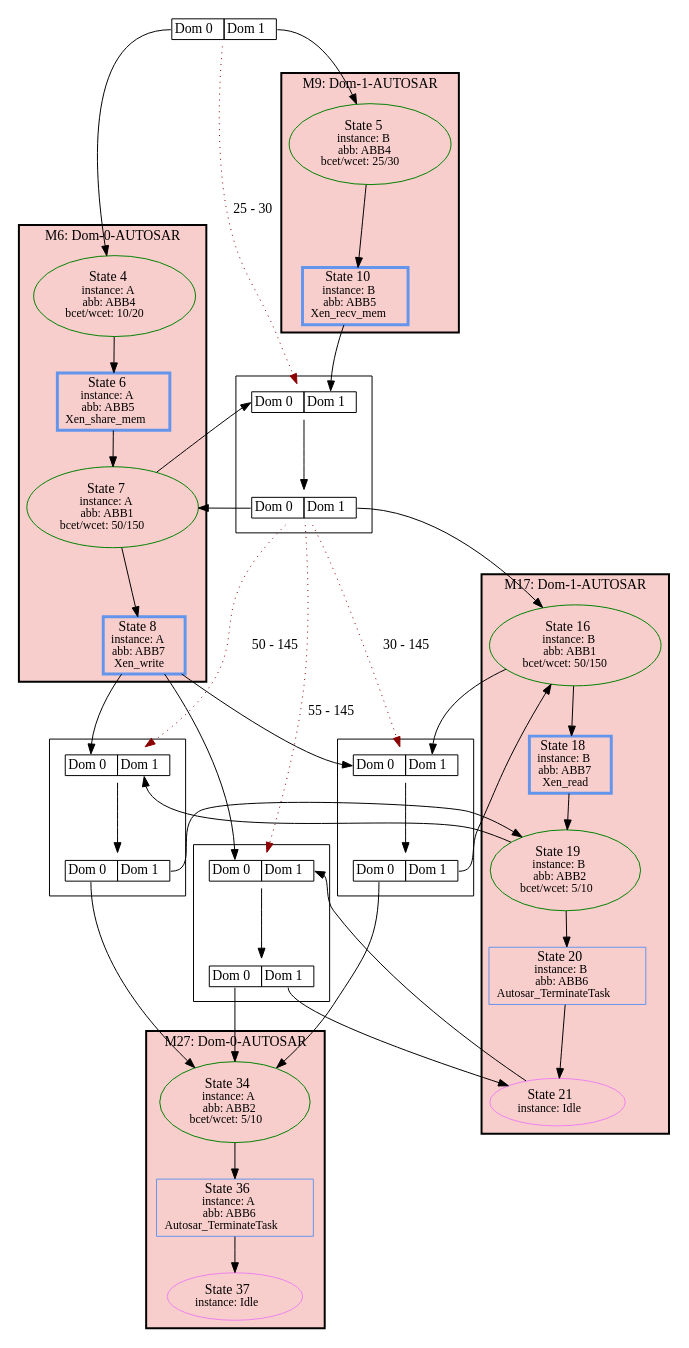
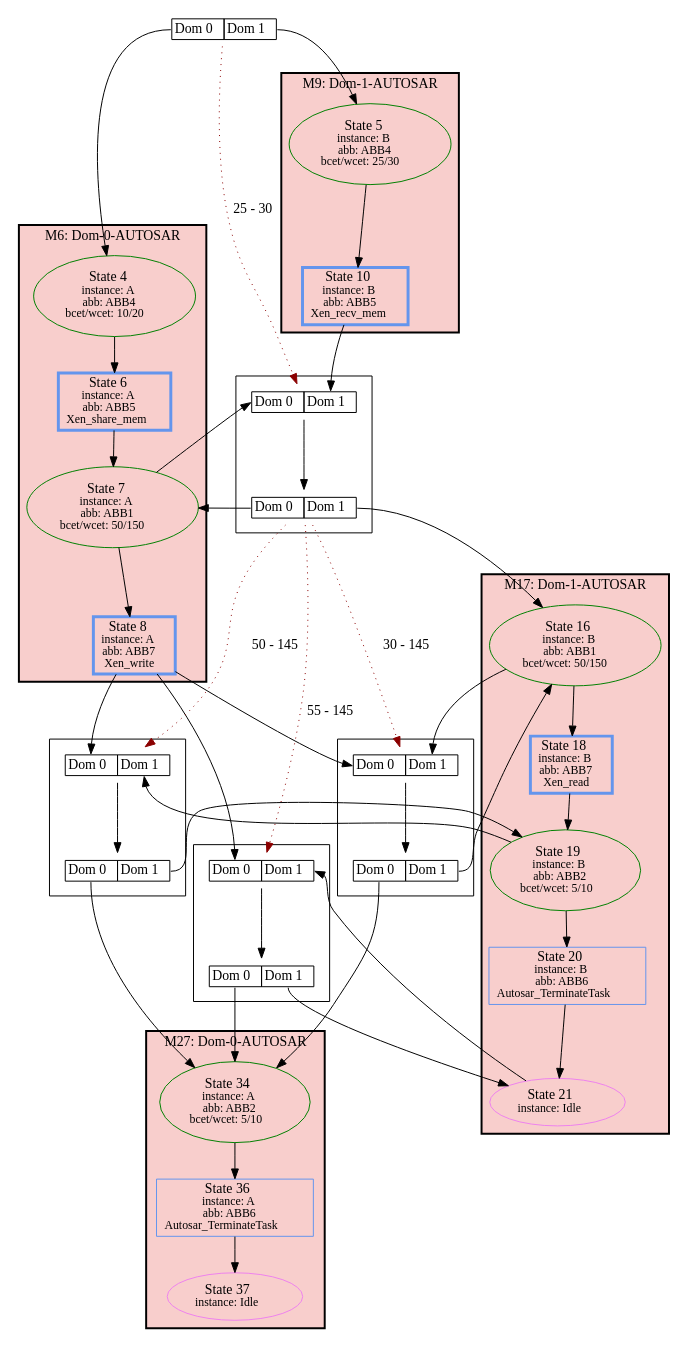
One commit to luhsra/ara changed the diagram in appl/Xen/shamem-autosar-unknown/HyperSSE.shamem-autosar-unknown.hstg.dot. Above: the diagram before and after it, drawn with Graphviz. The commit also changed 18 other files, not shown here.

```diff
--- a/appl/Xen/shamem-autosar-unknown/HyperSSE.shamem-autosar-unknown.hstg.dot
+++ b/appl/Xen/shamem-autosar-unknown/HyperSSE.shamem-autosar-unknown.hstg.dot
@@ -1,94 +1,94 @@
 digraph G {
 label="";
 1 [label=<<TABLE BORDER="0" CELLBORDER="1" CELLSPACING="0"><TR><TD PORT="c0">Dom 0</TD><TD PORT="c1">Dom 1</TD></TR></TABLE>>, shape=plaintext, tooltip=1];
 subgraph cluster_6 {
 label="M6: Dom-0-AUTOSAR";
 bgcolor="#F8CECC";
 style=bold;
 2 [fontsize=14, label=<State 4<br/><font point-size='12'>instance: A<br/>abb: ABB4<br/>bcet/wcet: 10/20</font>>, tooltip=2, style=solid, color=green];
 3 [fontsize=14, label=<State 6<br/><font point-size='12'>instance: A<br/>abb: ABB5<br/>Xen_share_mem</font>>, tooltip=3, color=cornflowerblue, shape=box, penwidth=3];
 4 [fontsize=14, label=<State 7<br/><font point-size='12'>instance: A<br/>abb: ABB1<br/>bcet/wcet: 50/150</font>>, tooltip=4, style=solid, color=green];
 5 [fontsize=14, label=<State 8<br/><font point-size='12'>instance: A<br/>abb: ABB7<br/>Xen_write</font>>, tooltip=5, color=cornflowerblue, shape=box, penwidth=3];
 }
 subgraph cluster_9 {
 label="M9: Dom-1-AUTOSAR";
 bgcolor="#F8CECC";
 style=bold;
 8 [fontsize=14, label=<State 10<br/><font point-size='12'>instance: B<br/>abb: ABB5<br/>Xen_recv_mem</font>>, tooltip=8, color=cornflowerblue, shape=box, penwidth=3];
 7 [fontsize=14, label=<State 5<br/><font point-size='12'>instance: B<br/>abb: ABB4<br/>bcet/wcet: 25/30</font>>, tooltip=7, style=solid, color=green];
 }
 subgraph cluster_17 {
 label="M17: Dom-1-AUTOSAR";
 bgcolor="#F8CECC";
 style=bold;
 12 [fontsize=14, label=<State 16<br/><font point-size='12'>instance: B<br/>abb: ABB1<br/>bcet/wcet: 50/150</font>>, tooltip=12, style=solid, color=green];
 13 [fontsize=14, label=<State 18<br/><font point-size='12'>instance: B<br/>abb: ABB7<br/>Xen_read</font>>, tooltip=13, color=cornflowerblue, shape=box, penwidth=3];
 14 [fontsize=14, label=<State 19<br/><font point-size='12'>instance: B<br/>abb: ABB2<br/>bcet/wcet: 5/10</font>>, tooltip=14, style=solid, color=green];
 15 [fontsize=14, label=<State 20<br/><font point-size='12'>instance: B<br/>abb: ABB6<br/>Autosar_TerminateTask</font>>, tooltip=15, color=cornflowerblue, shape=box];
 16 [fontsize=14, label=<State 21<br/><font point-size='12'>instance: Idle</font>>, tooltip=16, style=solid, color=violet];
 }
 subgraph cluster_27 {
 label="M27: Dom-0-AUTOSAR";
 bgcolor="#F8CECC";
 style=bold;
 24 [fontsize=14, label=<State 34<br/><font point-size='12'>instance: A<br/>abb: ABB2<br/>bcet/wcet: 5/10</font>>, tooltip=24, style=solid, color=green];
 25 [fontsize=14, label=<State 36<br/><font point-size='12'>instance: A<br/>abb: ABB6<br/>Autosar_TerminateTask</font>>, tooltip=25, color=cornflowerblue, shape=box];
 26 [fontsize=14, label=<State 37<br/><font point-size='12'>instance: Idle</font>>, tooltip=26, style=solid, color=violet];
 }
 subgraph cluster_Metasync10 {
 label="";
 10 [label=<<TABLE BORDER="0" CELLBORDER="1" CELLSPACING="0"><TR><TD PORT="c0">Dom 0</TD><TD PORT="c1">Dom 1</TD></TR></TABLE>>, shape=plaintext, tooltip=10];
 11 [label=<<TABLE BORDER="0" CELLBORDER="1" CELLSPACING="0"><TR><TD PORT="c0">Dom 0</TD><TD PORT="c1">Dom 1</TD></TR></TABLE>>, shape=plaintext, tooltip=11];
 }
 subgraph cluster_Metasync18 {
 label="";
 18 [label=<<TABLE BORDER="0" CELLBORDER="1" CELLSPACING="0"><TR><TD PORT="c0">Dom 0</TD><TD PORT="c1">Dom 1</TD></TR></TABLE>>, shape=plaintext, tooltip=18];
 19 [label=<<TABLE BORDER="0" CELLBORDER="1" CELLSPACING="0"><TR><TD PORT="c0">Dom 0</TD><TD PORT="c1">Dom 1</TD></TR></TABLE>>, shape=plaintext, tooltip=19];
 }
 subgraph cluster_Metasync20 {
 label="";
 20 [label=<<TABLE BORDER="0" CELLBORDER="1" CELLSPACING="0"><TR><TD PORT="c0">Dom 0</TD><TD PORT="c1">Dom 1</TD></TR></TABLE>>, shape=plaintext, tooltip=20];
 21 [label=<<TABLE BORDER="0" CELLBORDER="1" CELLSPACING="0"><TR><TD PORT="c0">Dom 0</TD><TD PORT="c1">Dom 1</TD></TR></TABLE>>, shape=plaintext, tooltip=21];
 }
 subgraph cluster_Metasync22 {
 label="";
 22 [label=<<TABLE BORDER="0" CELLBORDER="1" CELLSPACING="0"><TR><TD PORT="c0">Dom 0</TD><TD PORT="c1">Dom 1</TD></TR></TABLE>>, shape=plaintext, tooltip=22];
 23 [label=<<TABLE BORDER="0" CELLBORDER="1" CELLSPACING="0"><TR><TD PORT="c0">Dom 0</TD><TD PORT="c1">Dom 1</TD></TR></TABLE>>, shape=plaintext, tooltip=23];
 }
 1:c0 -> 2 [color=black];
 1:c1 -> 7 [color=black];
 1 -> 10 [color=darkred, style=dotted, label="25 - 30"];
 2 -> 3 [color=black];
 3 -> 4 [color=black];
 4 -> 5 [color=black];
 4 -> 10:c0 [color=black];
 5 -> 18:c0 [color=black];
 5 -> 20:c0 [color=black];
 5 -> 22:c0 [color=black];
 7 -> 8 [color=black];
 8 -> 10:c1 [color=black];
 10 -> 11 [color=black];
 11:c1 -> 12 [color=black];
 11:c0 -> 4 [color=black];
-11 -> 18 [color=darkred, style=dotted, label="50 - 145"];
-11 -> 20 [color=darkred, style=dotted, label="30 - 145"];
+11 -> 18 [color=darkred, style=dotted, label="30 - 145"];
+11 -> 20 [color=darkred, style=dotted, label="50 - 145"];
 11 -> 22 [color=darkred, style=dotted, label="55 - 145"];
 12 -> 13 [color=black];
-12 -> 20:c1 [color=black];
+12 -> 18:c1 [color=black];
 13 -> 14 [color=black];
 14 -> 15 [color=black];
-14 -> 18:c1 [color=black];
+14 -> 20:c1 [color=black];
 15 -> 16 [color=black];
 16 -> 22:c1 [color=black];
 18 -> 19 [color=black];
 19:c0 -> 24 [color=black];
-19:c1 -> 14 [color=black];
+19:c1 -> 12 [color=black];
 20 -> 21 [color=black];
 21:c0 -> 24 [color=black];
-21:c1 -> 12 [color=black];
+21:c1 -> 14 [color=black];
 22 -> 23 [color=black];
 23:c0 -> 24 [color=black];
 23:c1 -> 16 [color=black];
 24 -> 25 [color=black];
 25 -> 26 [color=black];
 }
```
